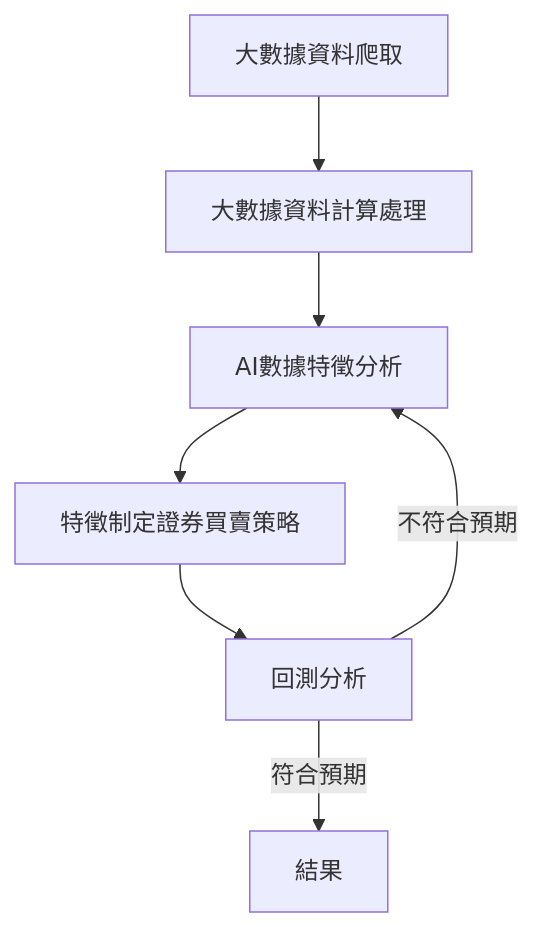
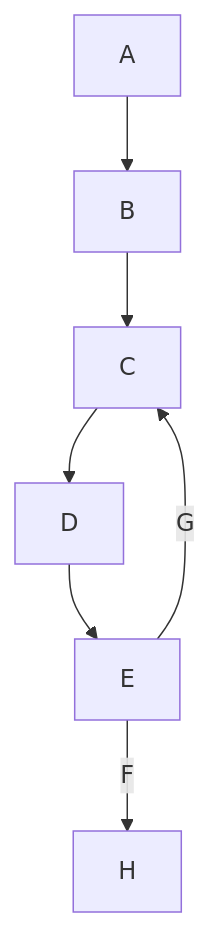
One commit to jamie-commander/Python_MediaPipe_Tk changed the diagram in README.md. Above: the diagram before and after it, drawn with Mermaid.

````diff
--- a/README.md
+++ b/README.md
@@ -4,9 +4,9 @@
 ```mermaid
         graph TD
-        Big_Data_Catch[大數據資料爬取] --> Calc[大數據資料計算處理]
-        Calc --> Analysis[AI數據特徵分析]
-        Analysis --> feature[特徵制定證券買賣策略]
-        feature --> backtrader[回測分析]
-        backtrader -- 符合預期 --> result[結果]
-        backtrader -- 不符合預期 --> Analysis
+        Big_Data_Catch[A] --> Calc[B]
+        Calc --> Analysis[C]
+        Analysis --> feature[D]
+        feature --> backtrader[E]
+        backtrader -- F --> result[H]
+        backtrader -- G --> Analysis
 ```
````
